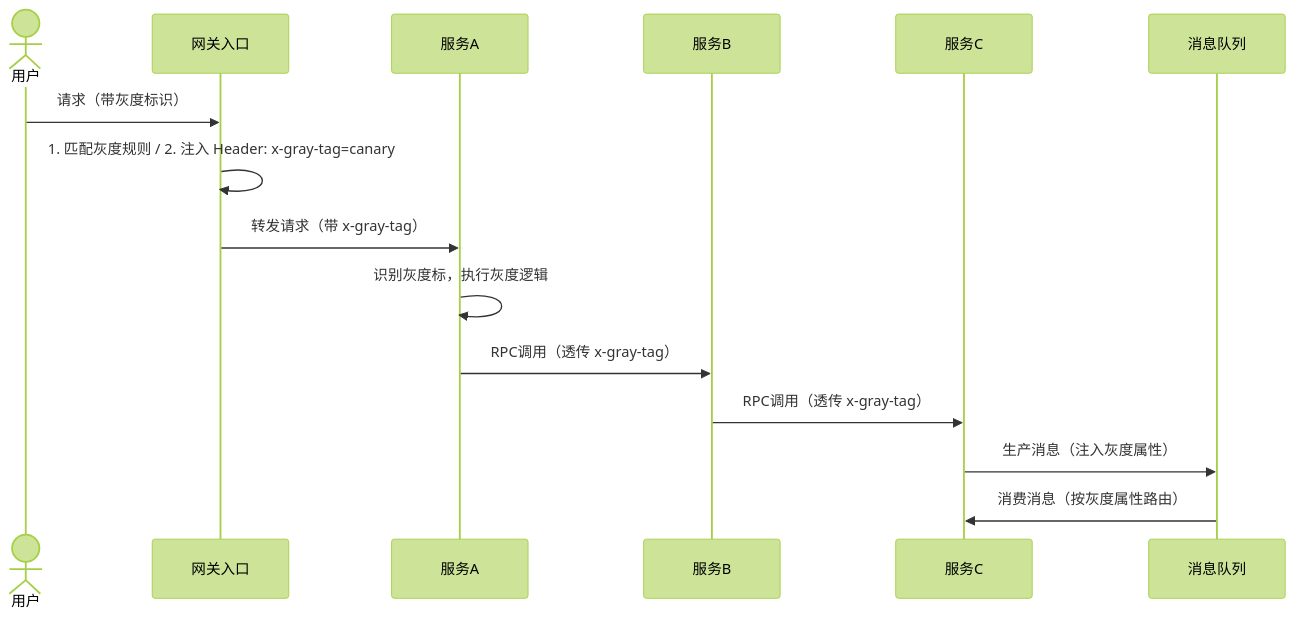
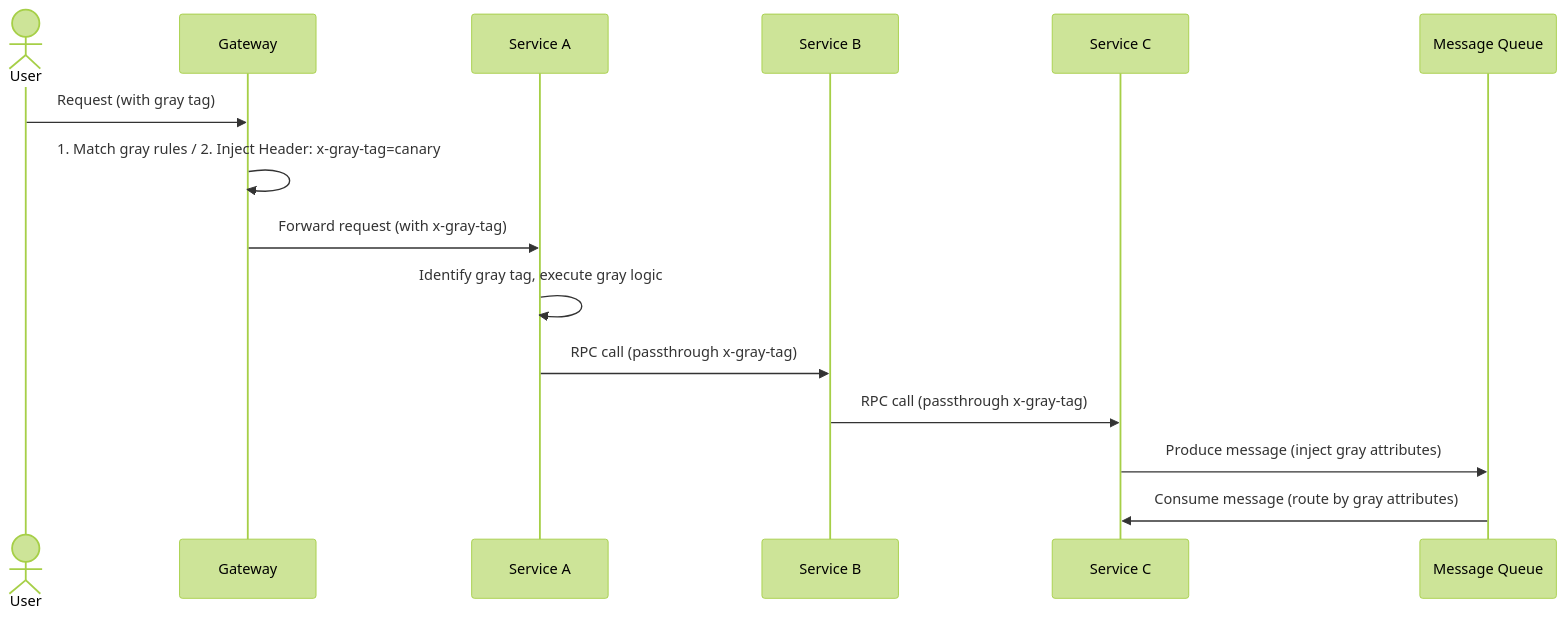
The fourth of 9 diagrams in templates/产品/交付层/【模板】灰度方案.md (Kirky-X/cangjie), drawn with Mermaid (forest theme) before and after one commit. The commit also changed other lines of this file and 46 other files, not shown here.

````diff
--- a/templates/产品/交付层/【模板】灰度方案.md
+++ b/templates/产品/交付层/【模板】灰度方案.md
@@ -188,18 +188,18 @@
 ```mermaid
 sequenceDiagram
-    actor U as 用户
-    participant GW as 网关入口
-    participant S1 as 服务A
-    participant S2 as 服务B
-    participant S3 as 服务C
-    participant MQ as 消息队列
+    actor U as User
+    participant GW as Gateway
+    participant S1 as Service A
+    participant S2 as Service B
+    participant S3 as Service C
+    participant MQ as Message Queue
 
-    U->>GW: 请求（带灰度标识）
-    GW->>GW: 1. 匹配灰度规则 / 2. 注入 Header: x-gray-tag=canary
-    GW->>S1: 转发请求（带 x-gray-tag）
-    S1->>S1: 识别灰度标，执行灰度逻辑
-    S1->>S2: RPC调用（透传 x-gray-tag）
-    S2->>S3: RPC调用（透传 x-gray-tag）
-    S3->>MQ: 生产消息（注入灰度属性）
-    MQ->>S3: 消费消息（按灰度属性路由）
+    U->>GW: Request (with gray tag)
+    GW->>GW: 1. Match gray rules / 2. Inject Header: x-gray-tag=canary
+    GW->>S1: Forward request (with x-gray-tag)
+    S1->>S1: Identify gray tag, execute gray logic
+    S1->>S2: RPC call (passthrough x-gray-tag)
+    S2->>S3: RPC call (passthrough x-gray-tag)
+    S3->>MQ: Produce message (inject gray attributes)
+    MQ->>S3: Consume message (route by gray attributes)
 ```
````
